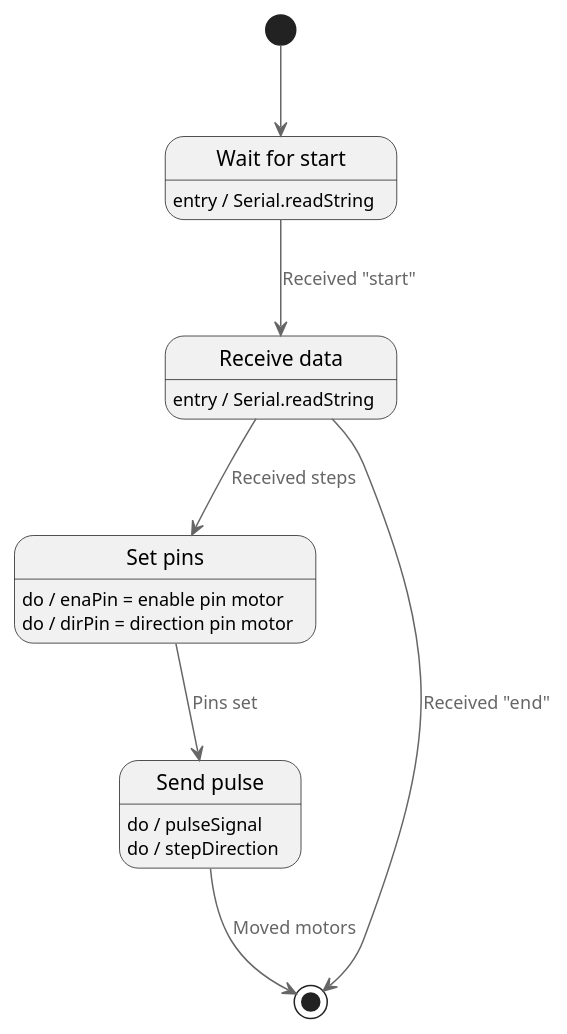
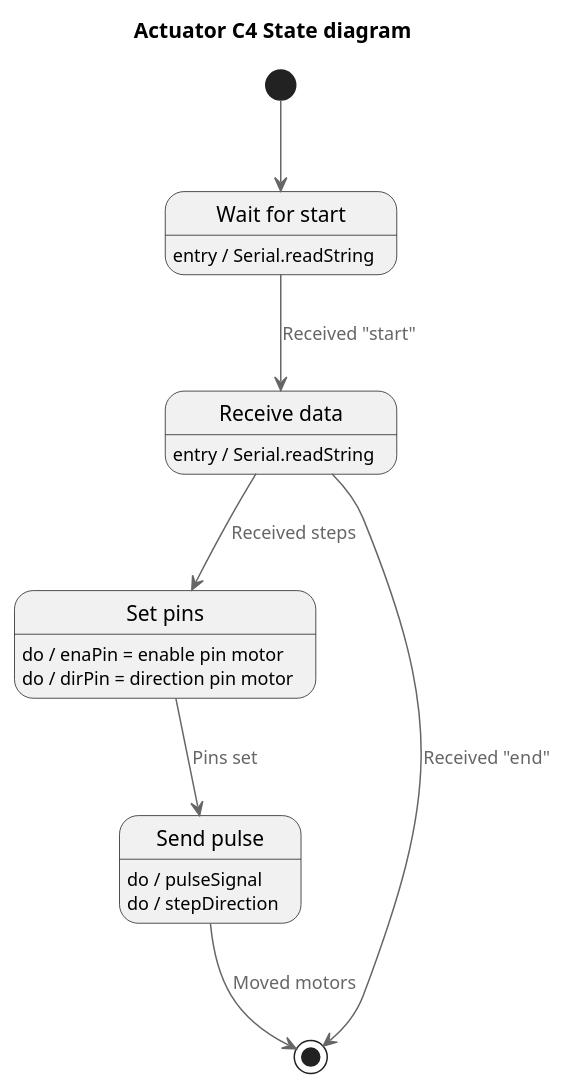
Before and after one commit to ricardosnabel/AWL-SPA: the diagram in C4 Model/ActuatorC4Code.puml, drawn with PlantUML. The commit also changed 12 other files, not shown here.

Commit message:
Added titles to the diagrams

```diff
--- a/C4 Model/ActuatorC4Code.puml
+++ b/C4 Model/ActuatorC4Code.puml
@@ -1,19 +1,21 @@
 @startuml ActuatorController
 !include https://raw.githubusercontent.com/plantuml-stdlib/C4-PlantUML/master/C4.puml
+
+title Actuator C4 State diagram
 
 state "Wait for start" as waitdata : entry / Serial.readString
 state "Receive data" as datareceive : entry / Serial.readString
 state "Set pins" as pinset : do / enaPin = enable pin motor
 pinset : do / dirPin = direction pin motor
 state "Send pulse" as pulsesignal : do / pulseSignal
 pulsesignal : do / stepDirection
 
 
 [*] --> waitdata
 waitdata --> datareceive : Received "start"
 datareceive --> [*] : Received "end"
 datareceive --> pinset : Received steps
 pinset --> pulsesignal : Pins set
 pulsesignal --> [*] : Moved motors
 
 @enduml
```
